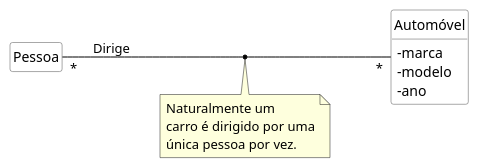
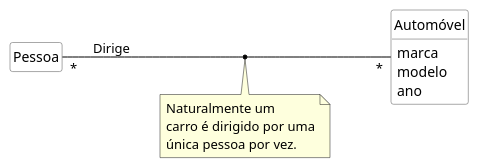
The diagram in imagens/modelos-05/mod05ima08/mod05ima08.plantuml (kyriosdata/oo), drawn with PlantUML before and after one commit. The commit also changed 2 other files, not shown here.

```diff
--- a/imagens/modelos-05/mod05ima08/mod05ima08.plantuml
+++ b/imagens/modelos-05/mod05ima08/mod05ima08.plantuml
@@ -1,21 +1,21 @@
 @startuml mod05ima08
 hide circle
 hide methods
 hide empty members
 
 skinparam class {
     BackgroundColor White
     ArrowColor Black
     BorderColor #505050
 }
 skinparam ClassAttributeIconSize 0
 class "Pessoa" as pe
 class "Automóvel" as au
-au : - marca
-au : - modelo
-au : - ano
+au : marca
+au : modelo
+au : ano
 note "Naturalmente um\ncarro é dirigido por uma\núnica pessoa por vez." as na
 left to right direction
 pe "*"--"*" au : Dirige
 (pe,au) .. na
 @enduml
```
